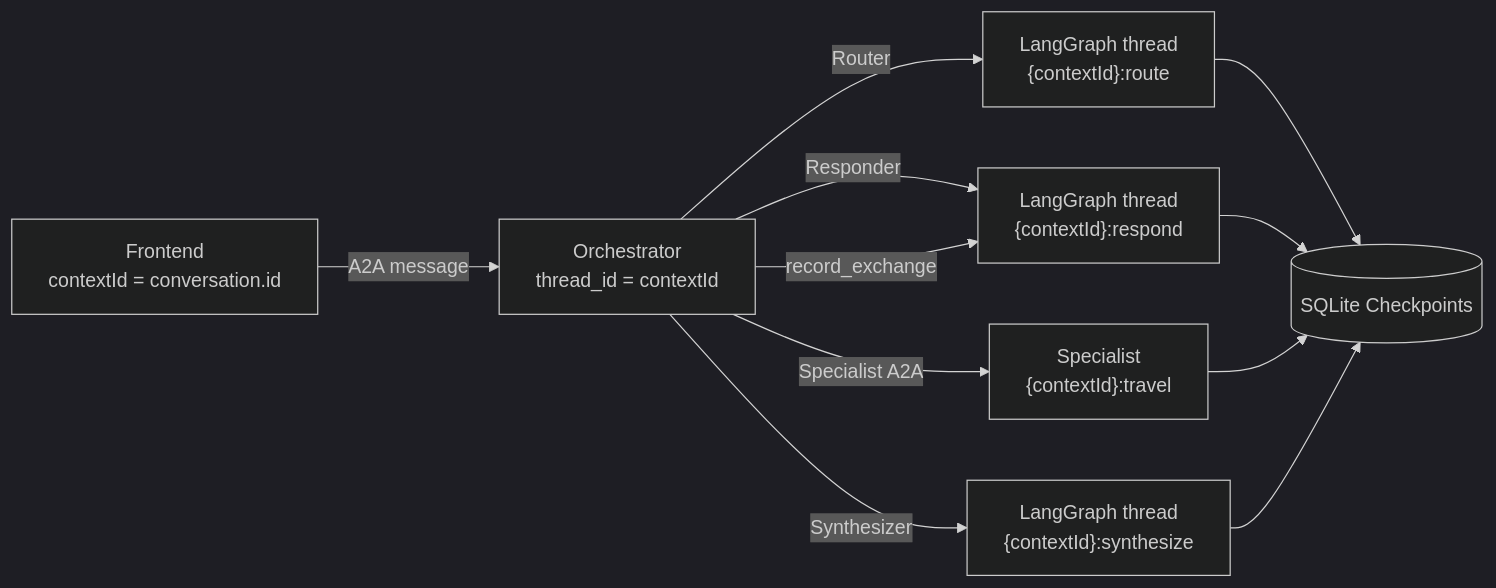
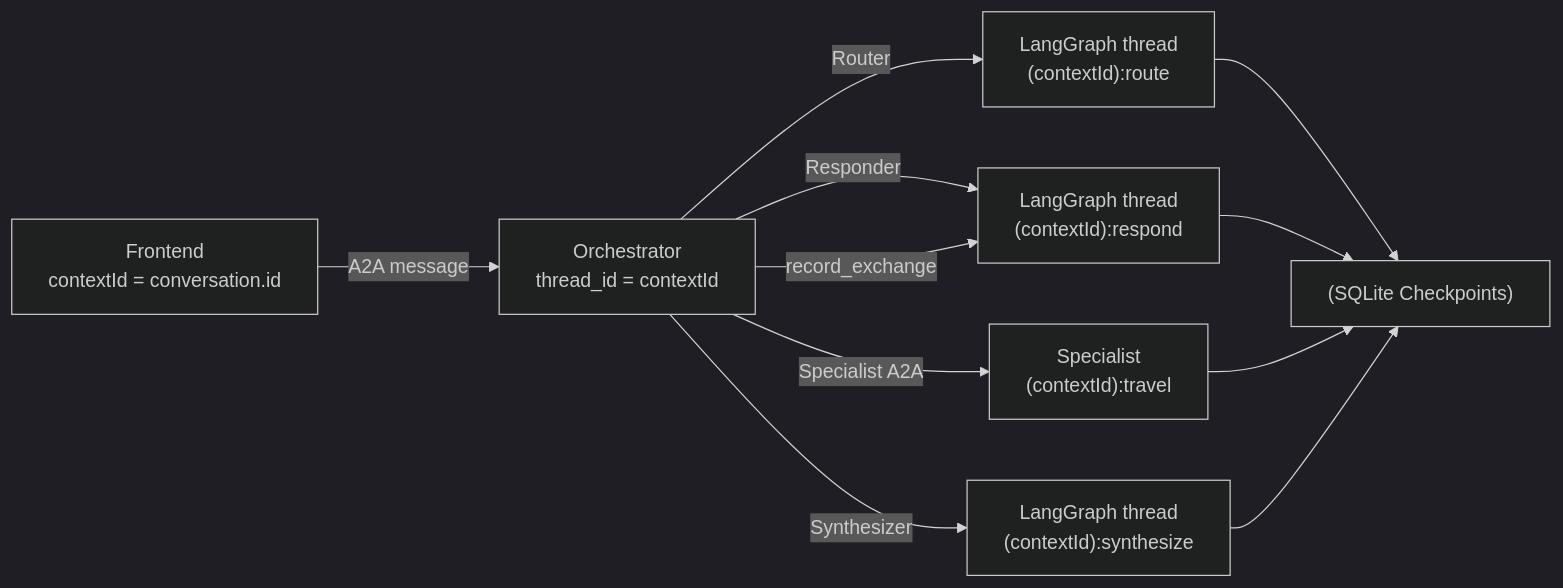
Before and after one commit to chandra447/nimbus-chat: the sixth of 7 diagrams in README.md, drawn with Mermaid (dark theme). The commit also changed other lines of this file, not shown here.

Commit message:
Fix README Mermaid diagrams

````diff
--- a/README.md
+++ b/README.md
@@ -320,14 +320,14 @@
 ```mermaid
 graph LR
     FE["Frontend<br/>contextId = conversation.id"] -->|A2A message| ORC["Orchestrator<br/>thread_id = contextId"]
-    ORC -->|Router| RT["LangGraph thread<br/>{contextId}:route"]
-    ORC -->|Responder| RP["LangGraph thread<br/>{contextId}:respond"]
-    ORC -->|Specialist A2A| SP["Specialist<br/>{contextId}:travel"]
-    ORC -->|Synthesizer| SY["LangGraph thread<br/>{contextId}:synthesize"]
-    ORC -->|record_exchange| RP
+    ORC -->|Router| RT_["LangGraph thread<br/>(contextId):route"]
+    ORC -->|Responder| RP_["LangGraph thread<br/>(contextId):respond"]
+    ORC -->|Specialist A2A| SP_["Specialist<br/>(contextId):travel"]
+    ORC -->|Synthesizer| SY_["LangGraph thread<br/>(contextId):synthesize"]
+    ORC -->|record_exchange| RP_
 
-    RT --> CP[("SQLite Checkpoints")]
-    RP --> CP
-    SP --> CP
-    SY --> CP
+    RT_ --> CP_["(SQLite Checkpoints)"]
+    RP_ --> CP_
+    SP_ --> CP_
+    SY_ --> CP_
 ```
````
